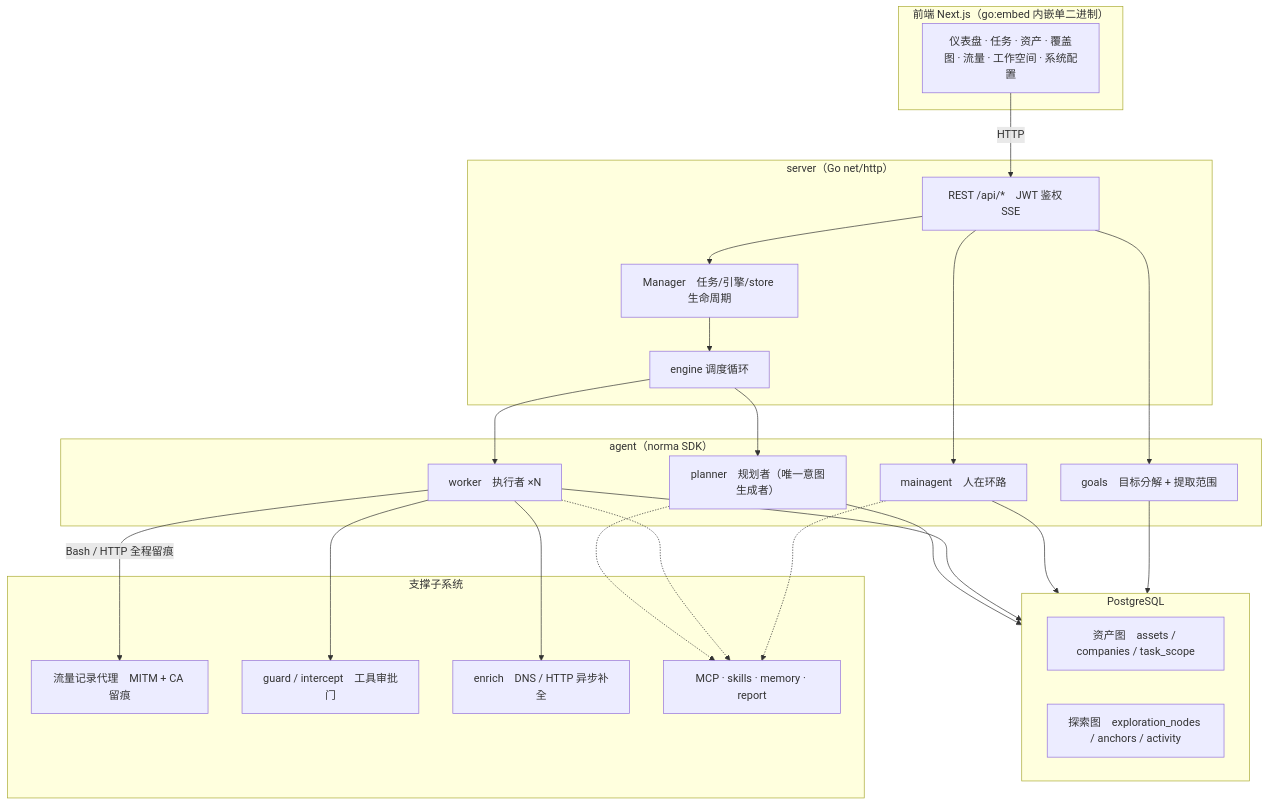
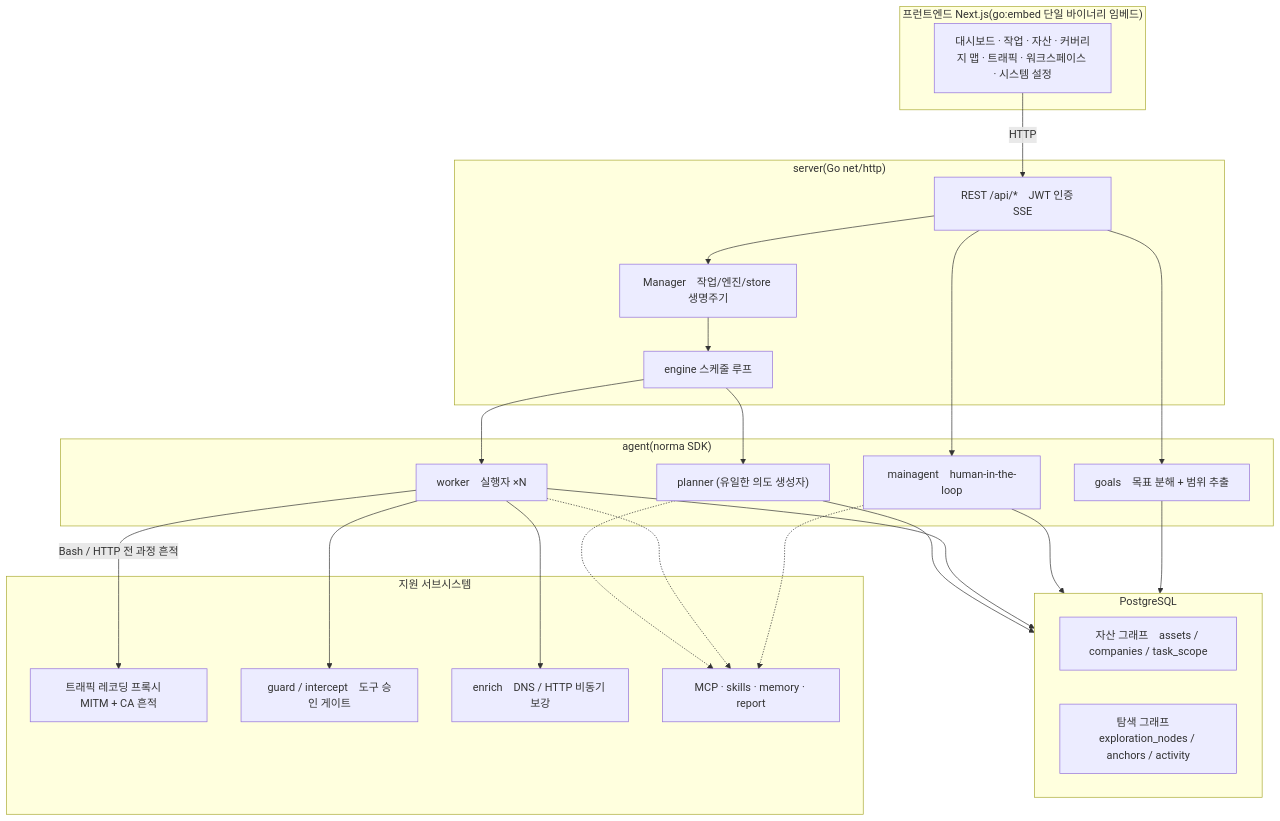
The first of 5 diagrams in README.md (Doyoun510/ARTEX_ko), drawn with Mermaid before and after one commit. The commit also changed other lines of this file and 2 other files, not shown here.

````diff
--- a/README.md
+++ b/README.md
@@ -295,44 +318,44 @@
 ```mermaid
 flowchart TB
-  subgraph FE["前端 Next.js（go:embed 内嵌单二进制）"]
-    UI["仪表盘 · 任务 · 资产 · 覆盖图 · 流量 · 工作空间 · 系统配置"]
+  subgraph FE["프런트엔드 Next.js(go:embed 단일 바이너리 임베드)"]
+    UI["대시보드 · 작업 · 자산 · 커버리지 맵 · 트래픽 · 워크스페이스 · 시스템 설정"]
   end
-  subgraph SRV["server（Go net/http）"]
-    API["REST /api/*　JWT 鉴权　SSE"]
-    ENG["engine 调度循环"]
-    MGR["Manager　任务/引擎/store 生命周期"]
+  subgraph SRV["server(Go net/http)"]
+    API["REST /api/*　JWT 인증　SSE"]
+    ENG["engine 스케줄 루프"]
+    MGR["Manager　작업/엔진/store 생명주기"]
   end
-  subgraph AG["agent（norma SDK）"]
-    GO["goals　目标分解 + 提取范围"]
-    PL["planner　规划者（唯一意图生成者）"]
-    WK["worker　执行者 ×N"]
-    MA["mainagent　人在环路"]
+  subgraph AG["agent(norma SDK)"]
+    GO["goals　목표 분해 + 범위 추출"]
+    PL["planner (유일한 의도 생성자)"]
+    WK["worker　실행자 ×N"]
+    MA["mainagent　human-in-the-loop"]
   end
   subgraph DB["PostgreSQL"]
-    AGRAPH["资产图　assets / companies / task_scope"]
-    EGRAPH["探索图　exploration_nodes / anchors / activity"]
+    AGRAPH["자산 그래프　assets / companies / task_scope"]
+    EGRAPH["탐색 그래프　exploration_nodes / anchors / activity"]
   end
-  subgraph SUB["支撑子系统"]
-    PROXY["流量记录代理　MITM + CA 留痕"]
-    GUARD["guard / intercept　工具审批门"]
-    ENR["enrich　DNS / HTTP 异步补全"]
+  subgraph SUB["지원 서브시스템"]
+    PROXY["트래픽 레코딩 프록시　MITM + CA 흔적"]
+    GUARD["guard / intercept　도구 승인 게이트"]
+    ENR["enrich　DNS / HTTP 비동기 보강"]
     EXT["MCP · skills · memory · report"]
   end
 
   UI -->|HTTP| API
   API --> MGR --> ENG
   ENG --> PL
   ENG --> WK
   API --> MA
   API --> GO
   PL --> DB
   WK --> DB
   MA --> DB
   GO --> DB
-  WK -->|"Bash / HTTP 全程留痕"| PROXY
+  WK -->|"Bash / HTTP 전 과정 흔적"| PROXY
   WK --> GUARD
   WK --> ENR
   PL -.-> EXT
   WK -.-> EXT
   MA -.-> EXT
 ```
````
